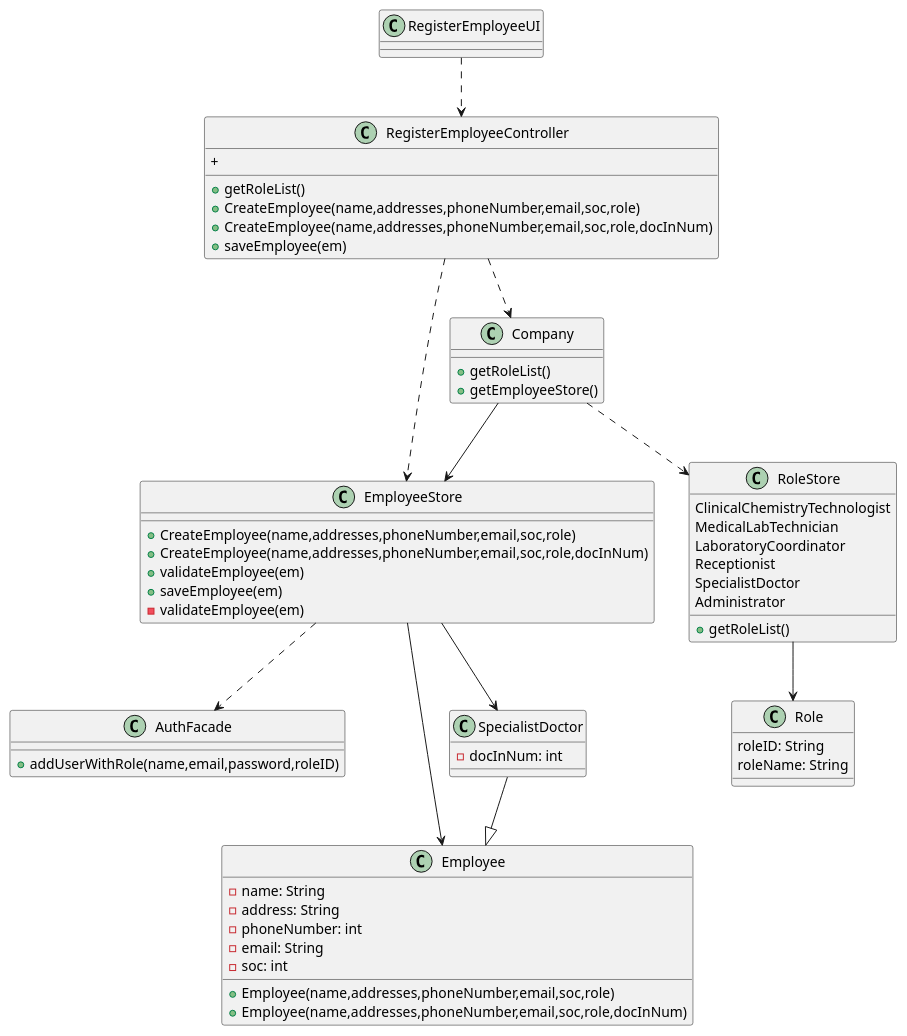
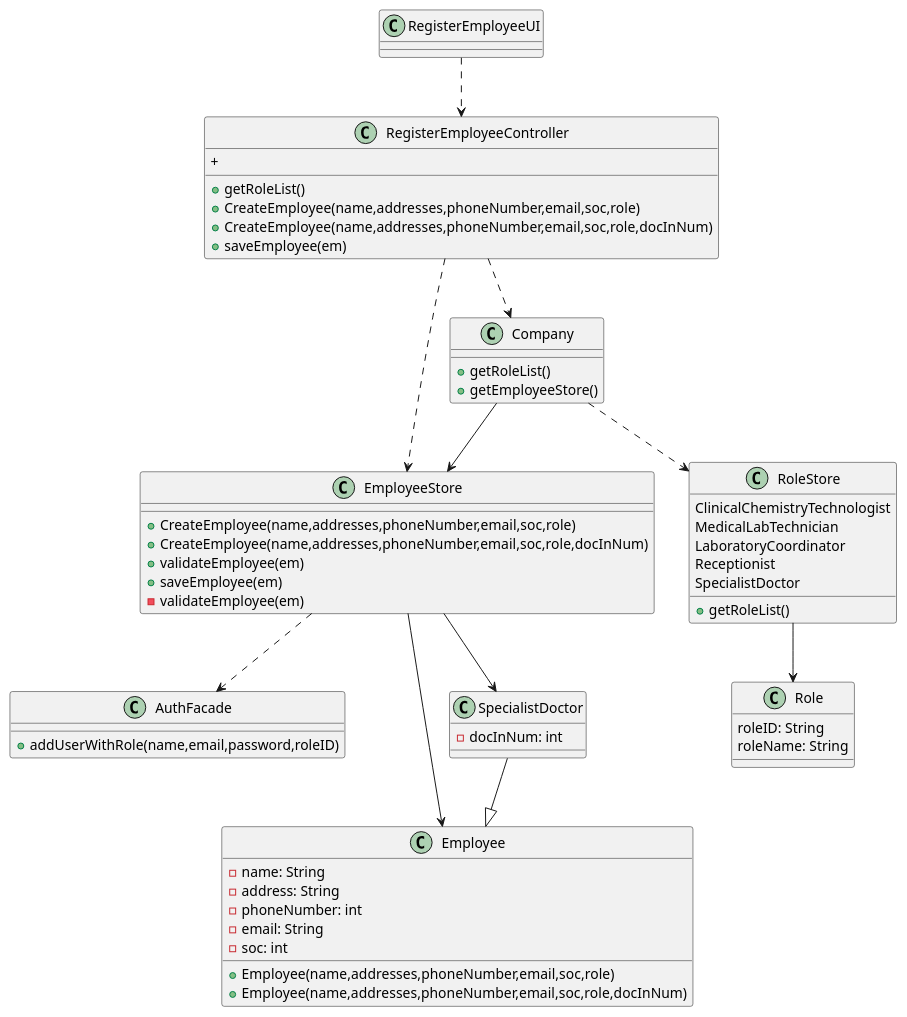
Before and after one commit to MarianaCLages/LAPR2: the diagram in docs/SprintB/US7/US07_CD.puml, drawn with PlantUML. The commit also changed 5 other files, not shown here.

```diff
--- a/docs/SprintB/US7/US07_CD.puml
+++ b/docs/SprintB/US7/US07_CD.puml
@@ -1,72 +1,71 @@
 @startuml
 'https://plantuml.com/class-diagram
 
 class RegisterEmployeeUI{
 }
 
 class RegisterEmployeeController{
 +getRoleList()
 +CreateEmployee(name,addresses,phoneNumber,email,soc,role)
 +CreateEmployee(name,addresses,phoneNumber,email,soc,role,docInNum)
 +saveEmployee(em)
 +
 }
 
 class AuthFacade{
 +addUserWithRole(name,email,password,roleID)
 }
 
 class Company{
 +getRoleList()
 +getEmployeeStore()
 }
 
 class EmployeeStore{
 +CreateEmployee(name,addresses,phoneNumber,email,soc,role)
 +CreateEmployee(name,addresses,phoneNumber,email,soc,role,docInNum)
 +validateEmployee(em)
 +saveEmployee(em)
 -validateEmployee(em)
 }
 
 class Employee{
 -name: String
 -address: String
 -phoneNumber: int
 -email: String
 -soc: int
 +Employee(name,addresses,phoneNumber,email,soc,role)
 +Employee(name,addresses,phoneNumber,email,soc,role,docInNum)
 }
 
 class RoleStore{
 ClinicalChemistryTechnologist
 MedicalLabTechnician
 LaboratoryCoordinator
 Receptionist
 SpecialistDoctor
-Administrator
 +getRoleList()
 }
 
 class SpecialistDoctor{
 -docInNum: int
 }
 class Role{
 roleID: String
 roleName: String
 }
 EmployeeStore --> SpecialistDoctor
 RegisterEmployeeController ..> EmployeeStore
 RegisterEmployeeUI ..> RegisterEmployeeController
 RegisterEmployeeController ..> Company
 Company ..> RoleStore
 EmployeeStore ..> AuthFacade
 Company --> EmployeeStore
 EmployeeStore --> Employee
 SpecialistDoctor --|> Employee
 RoleStore --> Role
 
 
 
 @enduml
```
